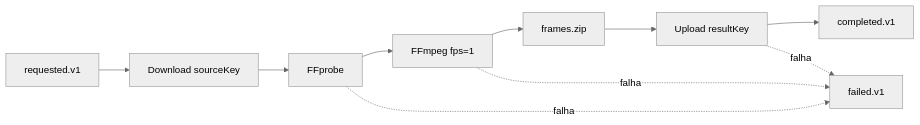
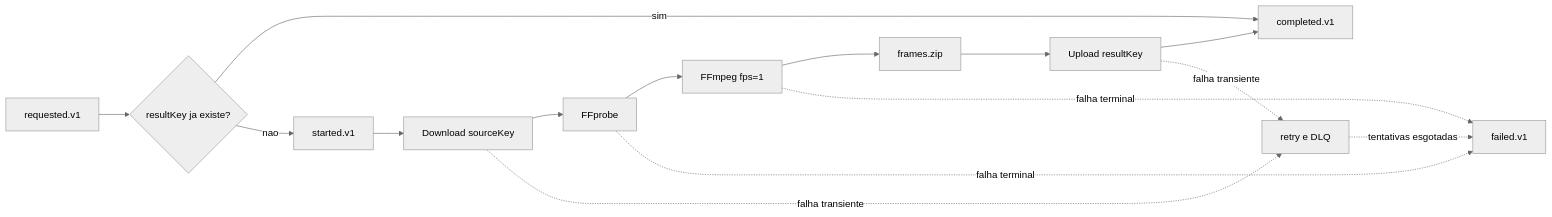
The diagram in services/video-processor/README.md (fiap-postech-team/fiapx-video-platform), drawn with Mermaid (neutral theme) before and after one commit. The commit also changed other lines of this file and 44 other files, not shown here.

````diff
--- a/services/video-processor/README.md
+++ b/services/video-processor/README.md
@@ -19,12 +20,17 @@
 ```mermaid
 flowchart LR
-    MSG[requested.v1] --> GET[Download sourceKey]
+    MSG[requested.v1] --> GUARD{resultKey ja existe?}
+    GUARD -->|sim| DONE[completed.v1]
+    GUARD -->|nao| STARTED[started.v1]
+    STARTED --> GET[Download sourceKey]
     GET --> PROBE[FFprobe]
     PROBE --> FFMPEG[FFmpeg fps=1]
     FFMPEG --> ZIP[frames.zip]
     ZIP --> PUT[Upload resultKey]
-    PUT --> EVENT[completed.v1]
-    PROBE -. falha .-> FAILED[failed.v1]
-    FFMPEG -. falha .-> FAILED
-    PUT -. falha .-> FAILED
+    PUT --> DONE
+    PROBE -. falha terminal .-> FAILED[failed.v1]
+    FFMPEG -. falha terminal .-> FAILED
+    GET -. falha transiente .-> RETRY[retry e DLQ]
+    PUT -. falha transiente .-> RETRY
+    RETRY -. tentativas esgotadas .-> FAILED
 ```
````
